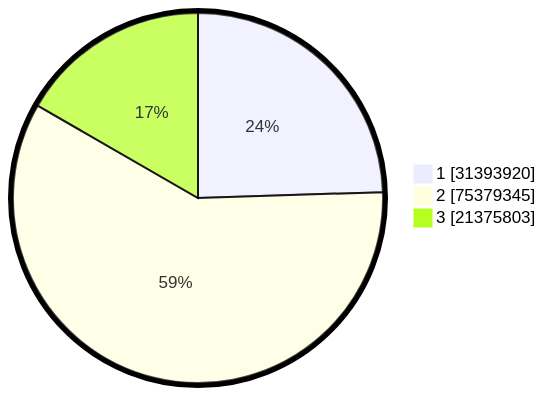
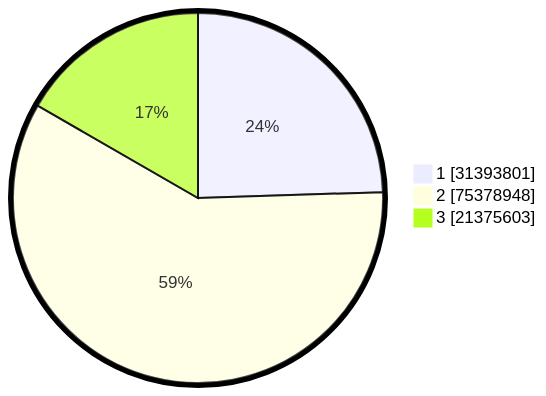
Before and after one commit to gigit-pemilu/pemilu-2024: the second of 2 diagrams in pilpres/hitung-suara/README.md, drawn with Mermaid. The commit also changed other lines of this file and 10 other files, not shown here.

````diff
--- a/pilpres/hitung-suara/README.md
+++ b/pilpres/hitung-suara/README.md
@@ -93,7 +93,7 @@
 ```mermaid
 %%{init: {"pie": {"textPosition": 0.5}, "themeVariables": {"pieOuterStrokeWidth": "5px"}} }%%
 pie showData
-    "1" : 31393920
-    "2" : 75379345
-    "3" : 21375803
+    "1" : 31393801
+    "2" : 75378948
+    "3" : 21375603
 ```
````
